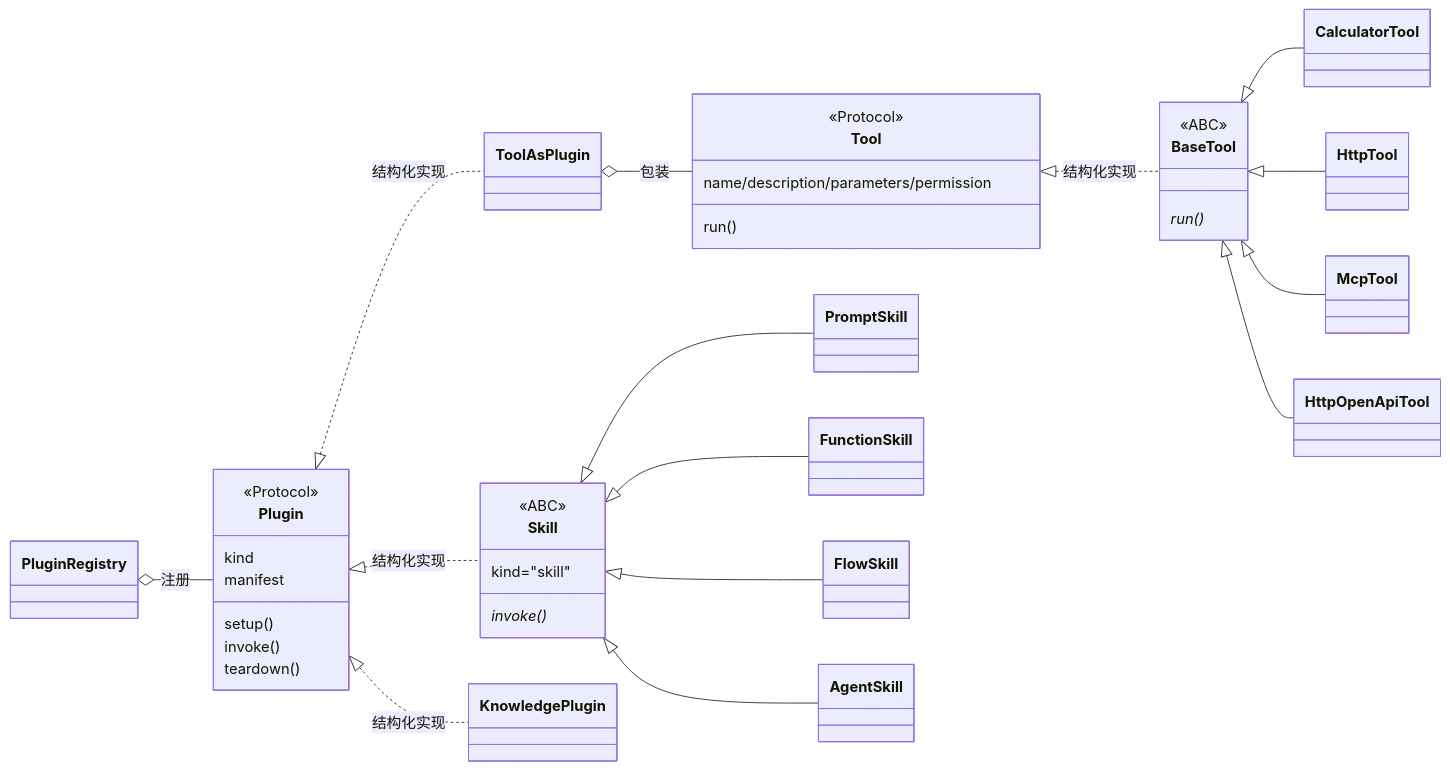
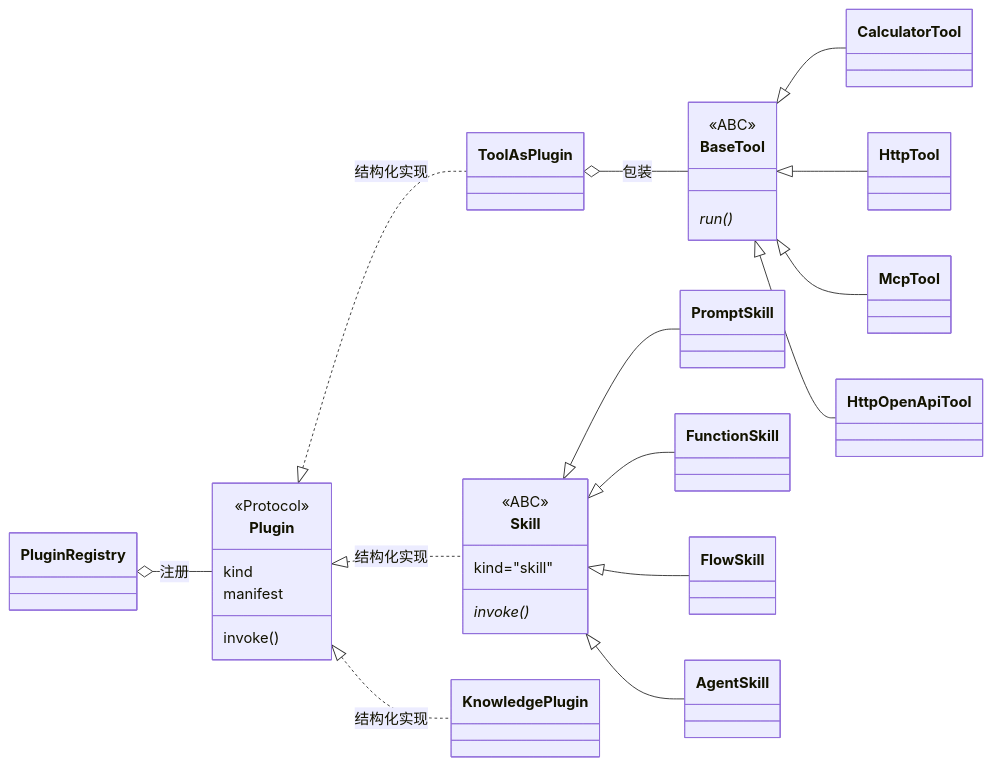
The diagram in documentation/ouroboros/架构总结.md (kaixumvp/smartagent), drawn with Mermaid before and after one commit. The commit also changed other lines of this file and 2 other files, not shown here.

Commit message:
docs(ouroboros): 同步架构文档到重构后的实现
- 移除 Plugin 协议的 setup/teardown（UML 类图 + 架构总结）
- Tool 协议并入 BaseTool，更新类图与关系
- 事件工厂函数 7→6（移除 run.rejected），sse.py 已删除
- RunSubagent/RunFlow 别名改为 SubagentRunner/FlowRunner

````diff
--- a/documentation/ouroboros/架构总结.md
+++ b/documentation/ouroboros/架构总结.md
@@ -223,54 +223,46 @@
 ```mermaid
 classDiagram
     direction LR
 
     class Plugin {
         <<Protocol>>
         kind
         manifest
-        setup()
         invoke()
-        teardown()
-    }
-    class Tool {
-        <<Protocol>>
-        name/description/parameters/permission
-        run()
     }
     class Skill {
         <<ABC>>
         kind="skill"
         invoke()*
     }
     class BaseTool {
         <<ABC>>
         run()*
     }
     class ToolAsPlugin
     class KnowledgePlugin
     class PromptSkill
     class FunctionSkill
     class FlowSkill
     class AgentSkill
     class CalculatorTool
     class HttpTool
     class McpTool
     class HttpOpenApiTool
 
     Plugin <|.. ToolAsPlugin : 结构化实现
     Plugin <|.. KnowledgePlugin : 结构化实现
     Plugin <|.. Skill : 结构化实现
     Skill <|-- PromptSkill
     Skill <|-- FunctionSkill
     Skill <|-- FlowSkill
     Skill <|-- AgentSkill
 
-    Tool <|.. BaseTool : 结构化实现
     BaseTool <|-- CalculatorTool
     BaseTool <|-- HttpTool
     BaseTool <|-- McpTool
     BaseTool <|-- HttpOpenApiTool
 
-    ToolAsPlugin o-- Tool : 包装
+    ToolAsPlugin o-- BaseTool : 包装
     PluginRegistry o-- Plugin : 注册
 ```
````
